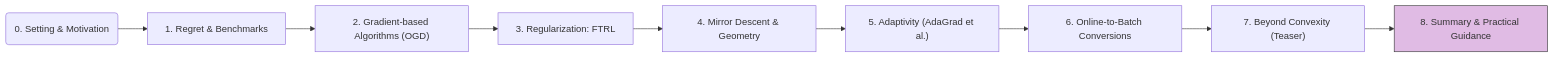
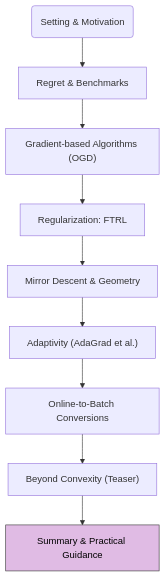
The diagram in collections/_crash-courses/online-learning/8-summary.md (JiHa-Kim/jiha-kim.github.io), drawn with Mermaid before and after one commit. The commit also changed 13 other files, not shown here.

````diff
--- a/collections/_crash-courses/online-learning/8-summary.md
+++ b/collections/_crash-courses/online-learning/8-summary.md
@@ -152,13 +152,13 @@
 ```mermaid
-flowchart LR
-    C0("0. Setting & Motivation") --> C1["1. Regret & Benchmarks"]
-    C1 --> C2["2. Gradient-based Algorithms (OGD)"]
-    C2 --> C3["3. Regularization: FTRL"]
-    C3 --> C4["4. Mirror Descent & Geometry"]
-    C4 --> C5["5. Adaptivity (AdaGrad et al.)"]
-    C5 --> C6["6. Online-to-Batch Conversions"]
-    C6 --> C7["7. Beyond Convexity (Teaser)"]
-    C7 --> C8["8. Summary & Practical Guidance"]
+flowchart TD
+    C0("Setting & Motivation") --> C1["Regret & Benchmarks"]
+    C1 --> C2["Gradient-based Algorithms (OGD)"]
+    C2 --> C3["Regularization: FTRL"]
+    C3 --> C4["Mirror Descent & Geometry"]
+    C4 --> C5["Adaptivity (AdaGrad et al.)"]
+    C5 --> C6["Online-to-Batch Conversions"]
+    C6 --> C7["Beyond Convexity (Teaser)"]
+    C7 --> C8["Summary & Practical Guidance"]
 
-    style C8 fill:#E0BBE4,stroke:#333,stroke-width:2px % Highlight current module
+    style C8 fill:#E0BBE4,color:#000,stroke:#333,stroke-width:2px % Highlight current module
 ```
````
